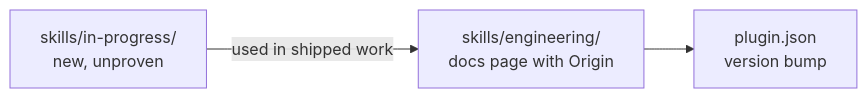
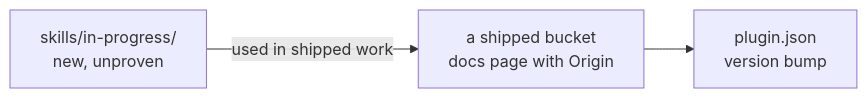
One commit to GhostRoboticsLab/skills changed the diagram in README.md. Above: the diagram before and after it, drawn with Mermaid. The commit also changed other lines of this file and 26 other files, not shown here.

First line of the commit message:
Two product skills, app-critic and whats-new-clip, in a new product bucket (0.2.0), and the repo's security policy, Dependabot and pinned actions

````diff
--- a/README.md
+++ b/README.md
@@ -44,5 +47,5 @@
 ```mermaid
 flowchart LR
-  A["skills/in-progress/<br/>new, unproven"] -- "used in shipped work" --> B["skills/engineering/<br/>docs page with Origin"]
+  A["skills/in-progress/<br/>new, unproven"] -- "used in shipped work" --> B["a shipped bucket<br/>docs page with Origin"]
   B --> C["plugin.json<br/>version bump"]
 ```
````
